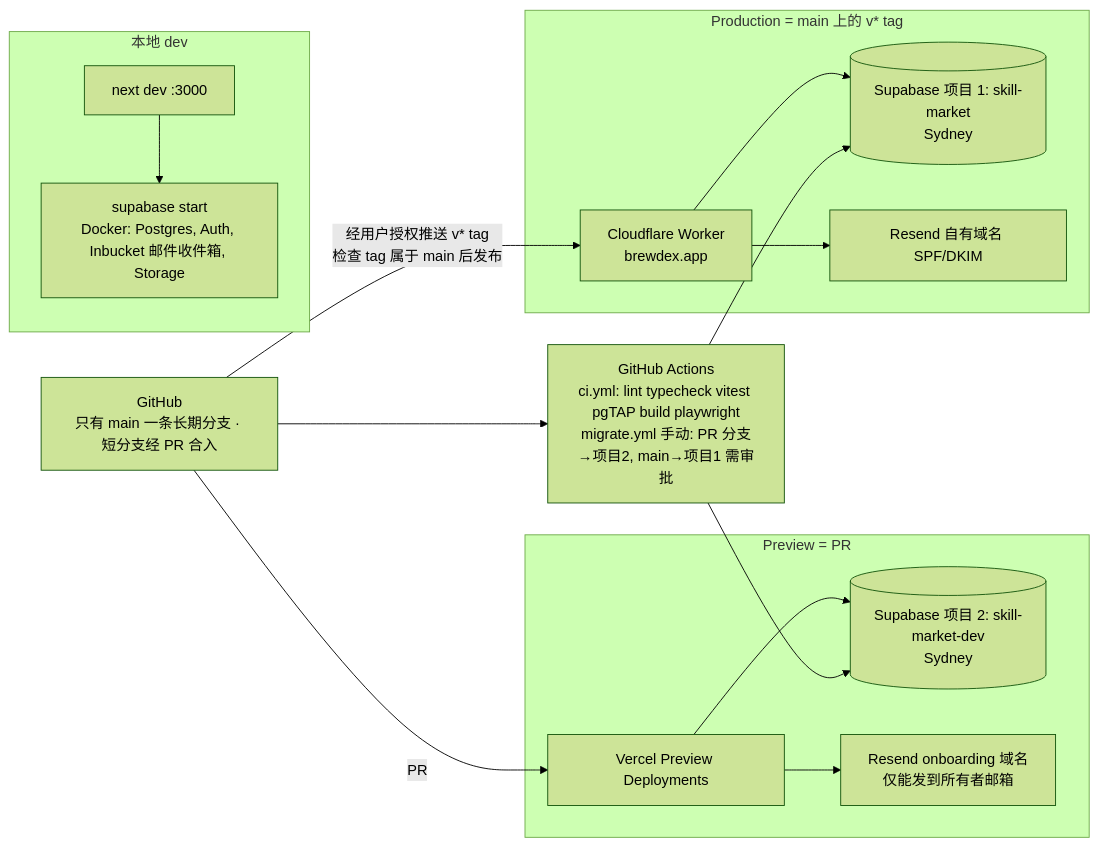
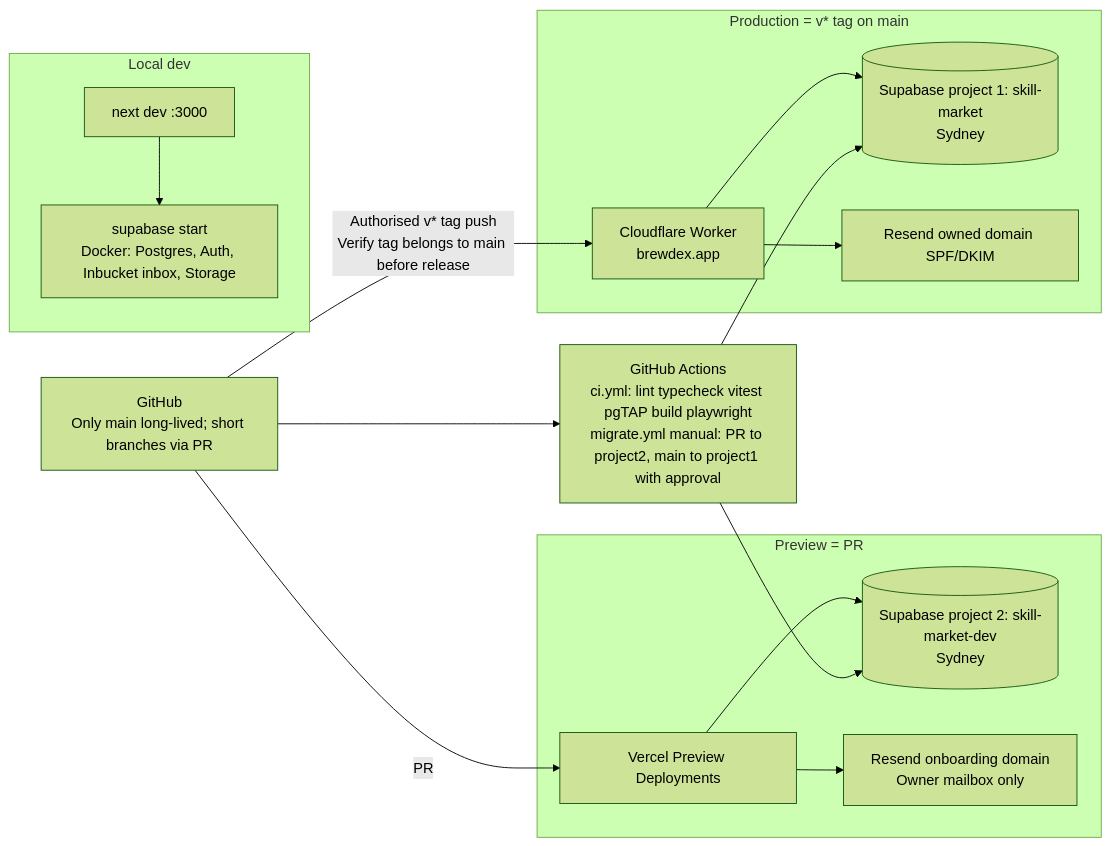
Before and after one commit to plcme/skill-market: the third of 9 diagrams in docs/ARCHITECTURE.md, drawn with Mermaid (forest theme). The commit also changed other lines of this file and 29 other files, not shown here.

````diff
--- a/docs/ARCHITECTURE.md
+++ b/docs/ARCHITECTURE.md
@@ -137,29 +137,29 @@
 ```mermaid
 flowchart LR
-    subgraph dev[本地 dev]
+    subgraph dev[Local dev]
         D1[next dev :3000]
-        D2["supabase start<br/>Docker: Postgres, Auth, Inbucket 邮件收件箱, Storage"]
+        D2["supabase start<br/>Docker: Postgres, Auth, Inbucket inbox, Storage"]
         D1 --> D2
     end
     subgraph preview["Preview = PR"]
         V1[Vercel Preview Deployments]
-        S1[("Supabase 项目 2: skill-market-dev<br/>Sydney")]
+        S1[("Supabase project 2: skill-market-dev<br/>Sydney")]
         V1 --> S1
-        R1["Resend onboarding 域名<br/>仅能发到所有者邮箱"]
+        R1["Resend onboarding domain<br/>Owner mailbox only"]
         V1 --> R1
     end
-    subgraph prod["Production = main 上的 v* tag"]
+    subgraph prod["Production = v* tag on main"]
         V2[Cloudflare Worker<br/>brewdex.app]
-        S2[("Supabase 项目 1: skill-market<br/>Sydney")]
+        S2[("Supabase project 1: skill-market<br/>Sydney")]
         V2 --> S2
-        R2[Resend 自有域名 SPF/DKIM]
+        R2[Resend owned domain SPF/DKIM]
         V2 --> R2
     end
-    GIT["GitHub<br/>只有 main 一条长期分支 · 短分支经 PR 合入"]
+    GIT["GitHub<br/>Only main long-lived; short branches via PR"]
     GIT -- PR --> V1
-    GIT -- 经用户授权推送 v* tag<br/>检查 tag 属于 main 后发布 --> V2
-    CI["GitHub Actions<br/>ci.yml: lint typecheck vitest pgTAP build playwright<br/>migrate.yml 手动: PR 分支→项目2, main→项目1 需审批"]
+    GIT -- Authorised v* tag push<br/>Verify tag belongs to main before release --> V2
+    CI["GitHub Actions<br/>ci.yml: lint typecheck vitest pgTAP build playwright<br/>migrate.yml manual: PR to project2, main to project1 with approval"]
     GIT --> CI
     CI --> S1
     CI --> S2
 ```
````
